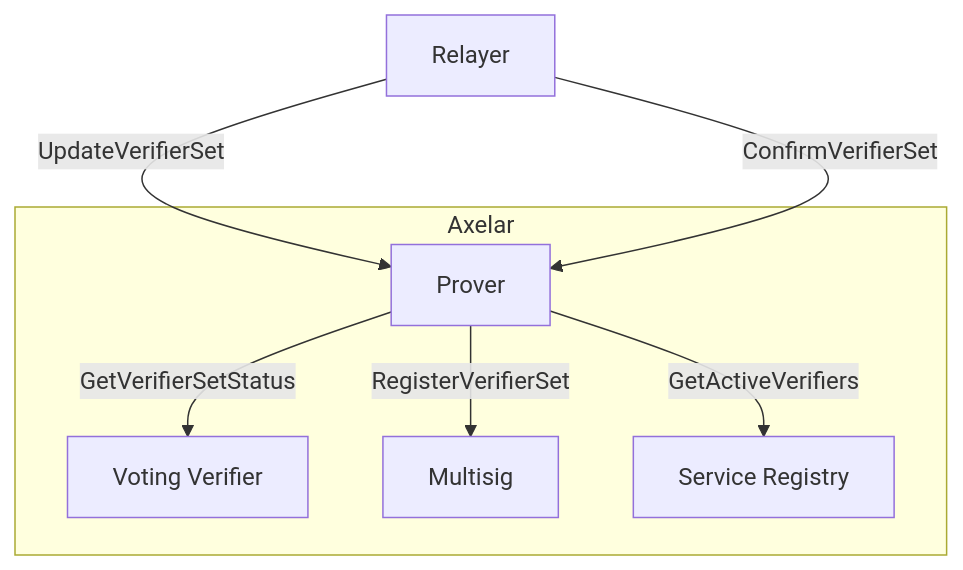
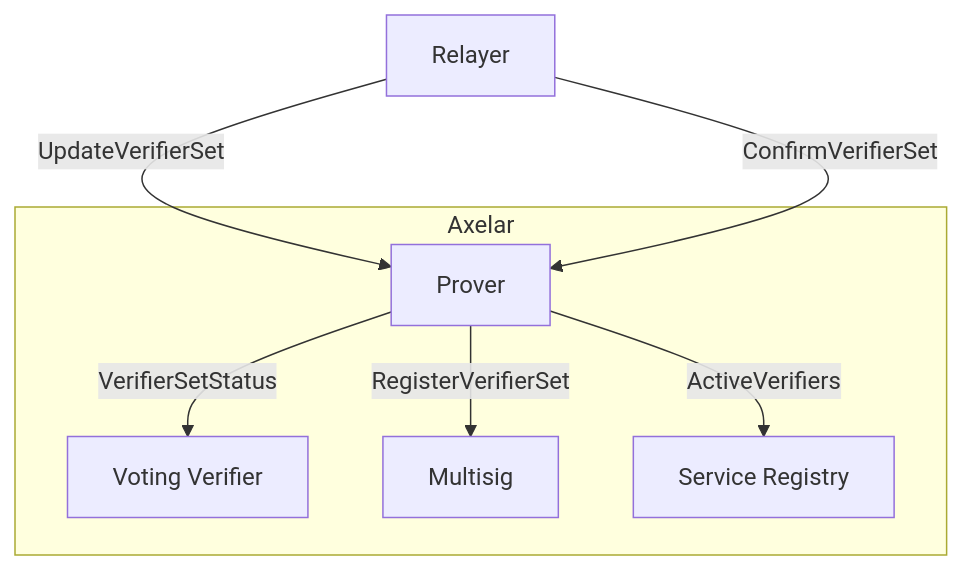
One commit to axelarnetwork/axelar-amplifier changed the third of 4 diagrams in doc/src/contracts/multisig_prover.md. Above: the diagram before and after it, drawn with Mermaid. The commit also changed other lines of this file and 6 other files, not shown here.

````diff
--- a/doc/src/contracts/multisig_prover.md
+++ b/doc/src/contracts/multisig_prover.md
@@ -142,17 +149,17 @@
 ```mermaid
 graph TD
 
 r[Relayer]
 subgraph Axelar
 b[Prover]
 v[Voting Verifier]
 m[Multisig]
 s[Service Registry]
 end
 
 r--UpdateVerifierSet-->b
-b--GetActiveVerifiers-->s
+b--ActiveVerifiers-->s
 b--RegisterVerifierSet-->m
 r--ConfirmVerifierSet-->b
-b--GetVerifierSetStatus-->v
+b--VerifierSetStatus-->v
 ```
````
